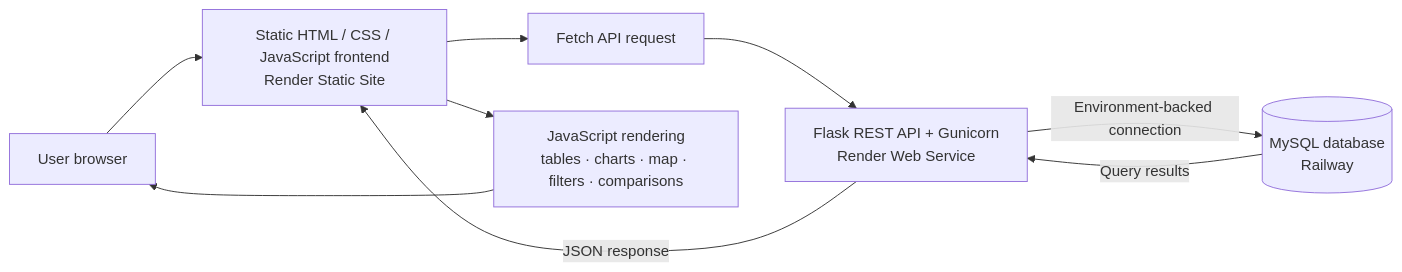
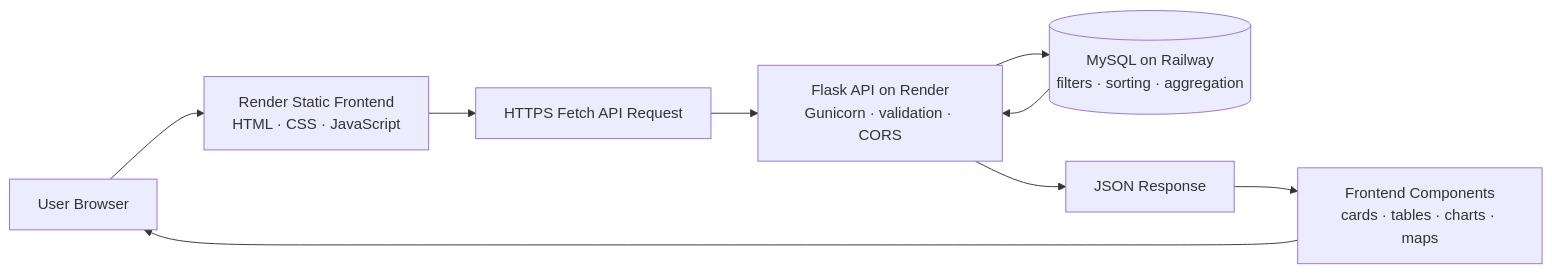
Before and after one commit to mussabtaha/Traditional-Governance-Data-Analytics-and-Visualization-Platform: the first of 2 diagrams in README.md, drawn with Mermaid. The commit also changed other lines of this file and 11 other files, not shown here.

````diff
--- a/README.md
+++ b/README.md
@@ -122,11 +166,11 @@
 ```mermaid
 flowchart LR
-    U["User browser"] --> F["Static HTML / CSS / JavaScript frontend<br/>Render Static Site"]
-    F --> Q["Fetch API request"]
-    Q --> A["Flask REST API + Gunicorn<br/>Render Web Service"]
-    A -->|Environment-backed connection| D[("MySQL database<br/>Railway")]
-    D -->|Query results| A
-    A -->|JSON response| F
-    F --> V["JavaScript rendering<br/>tables · charts · map · filters · comparisons"]
+    U["User Browser"] --> F["Render Static Frontend<br/>HTML · CSS · JavaScript"]
+    F --> Q["HTTPS Fetch API Request"]
+    Q --> A["Flask API on Render<br/>Gunicorn · validation · CORS"]
+    A --> D[("MySQL on Railway<br/>filters · sorting · aggregation")]
+    D --> A
+    A --> R["JSON Response"]
+    R --> V["Frontend Components<br/>cards · tables · charts · maps"]
     V --> U
 ```
````
